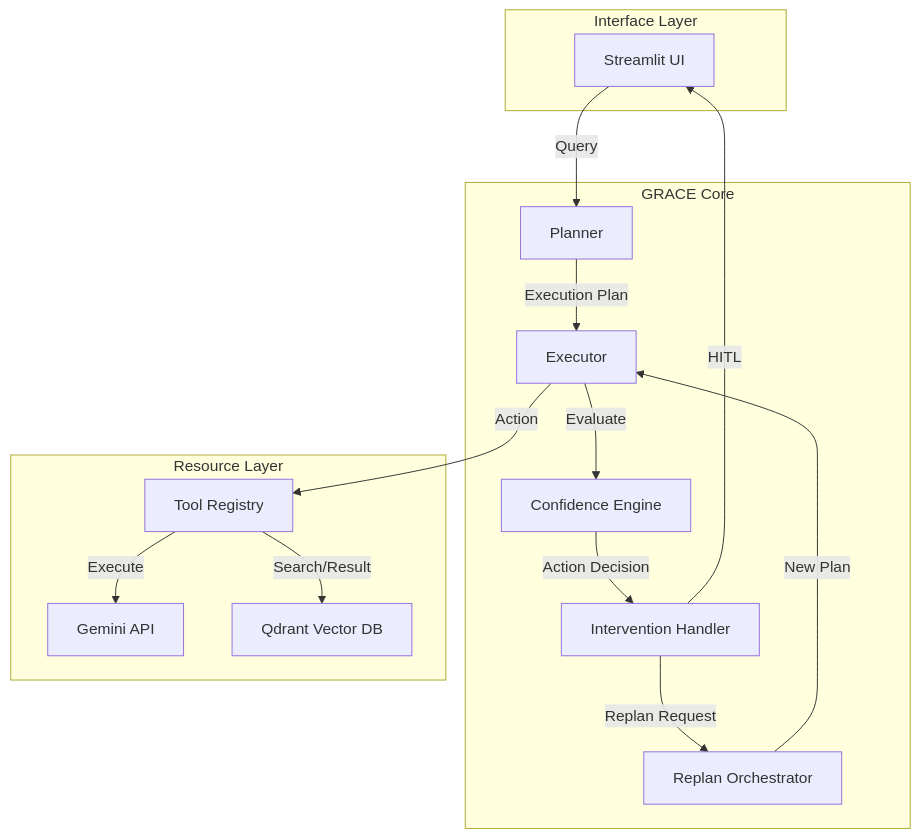
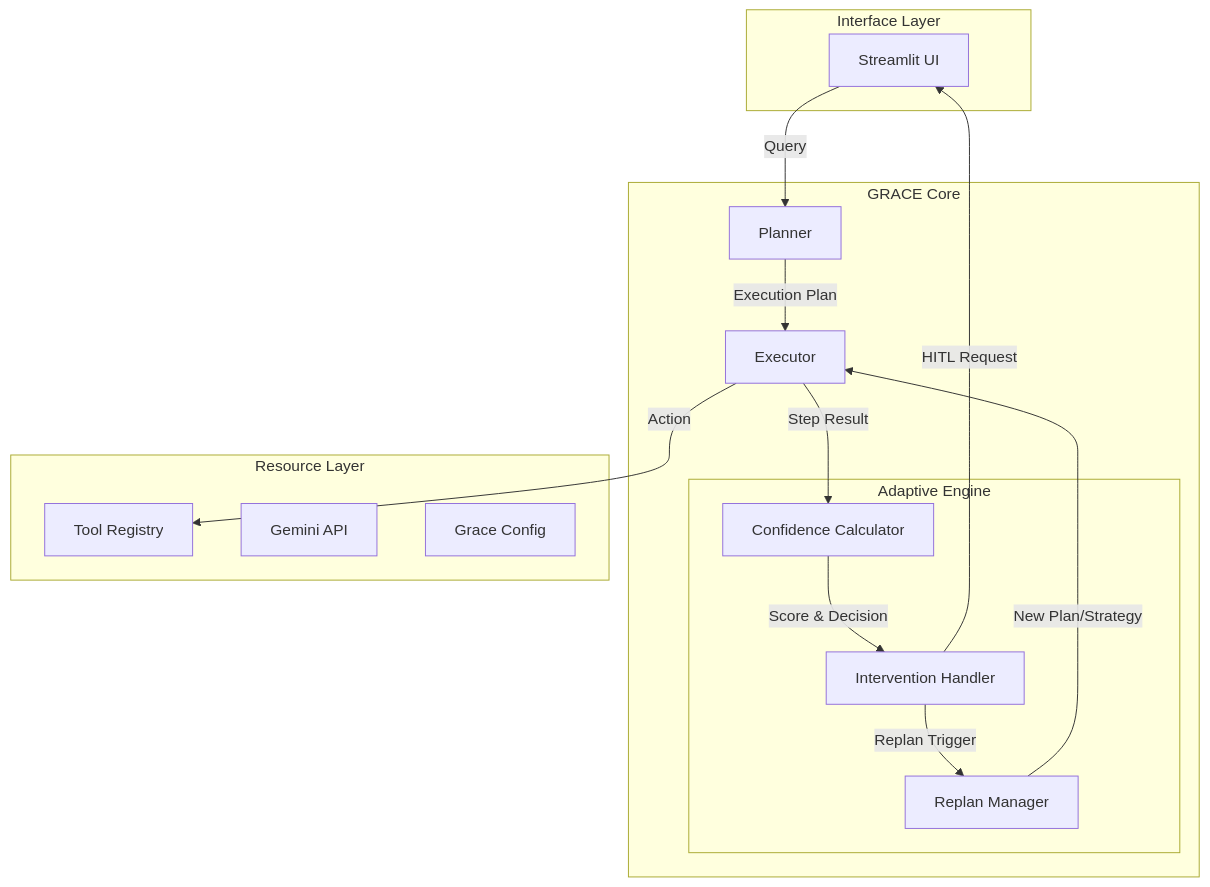
One commit to nakashima2toshio/gemini_grace_agent changed the first of 2 diagrams in doc/grace/grace_architecture.md. Above: the diagram before and after it, drawn with Mermaid. The commit also changed other lines of this file and 17 other files, not shown here.

````diff
--- a/doc/grace/grace_architecture.md
+++ b/doc/grace/grace_architecture.md
@@ -17,31 +28,32 @@
 ```mermaid
 graph TD
     subgraph "Interface Layer"
         UI[Streamlit UI]
     end
 
     subgraph "GRACE Core"
         Planner[Planner]
         Executor[Executor]
-        Confidence[Confidence Engine]
-        Replan[Replan Orchestrator]
-        Intervention[Intervention Handler]
+    
+        subgraph "Adaptive Engine"
+            Confidence[Confidence Calculator]
+            Replan[Replan Manager]
+            Intervention[Intervention Handler]
+        end
     end
 
     subgraph "Resource Layer"
         Tools[Tool Registry]
         LLM[Gemini API]
-        DB[Qdrant Vector DB]
+        Config[Grace Config]
     end
 
     UI -->|Query| Planner
     Planner -->|Execution Plan| Executor
+    Executor -->|Step Result| Confidence
+    Confidence -->|Score & Decision| Intervention
+    Intervention -->|HITL Request| UI
+    Intervention -->|Replan Trigger| Replan
+    Replan -->|New Plan/Strategy| Executor
     Executor -->|Action| Tools
-    Tools -->|Search/Result| DB
-    Tools -->|Execute| LLM
-    Executor -->|Evaluate| Confidence
-    Confidence -->|Action Decision| Intervention
-    Intervention -->|HITL| UI
-    Intervention -->|Replan Request| Replan
-    Replan -->|New Plan| Executor
 ```
````
